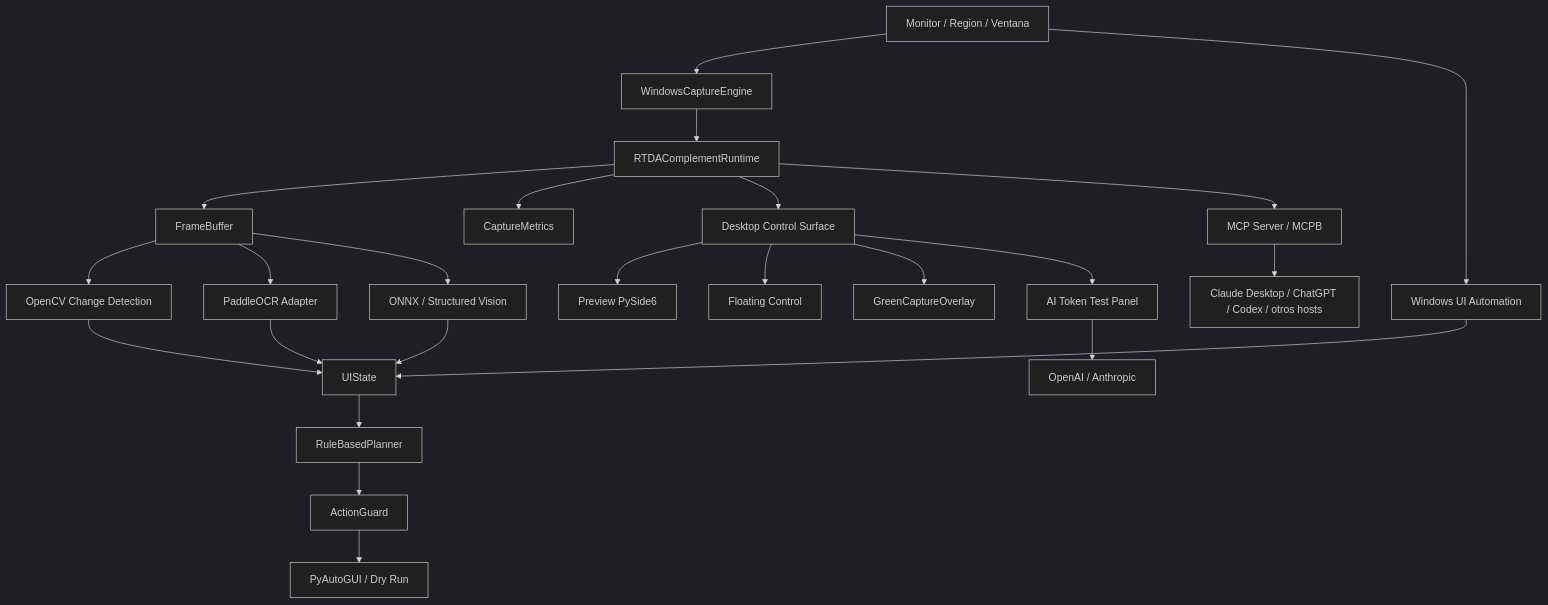
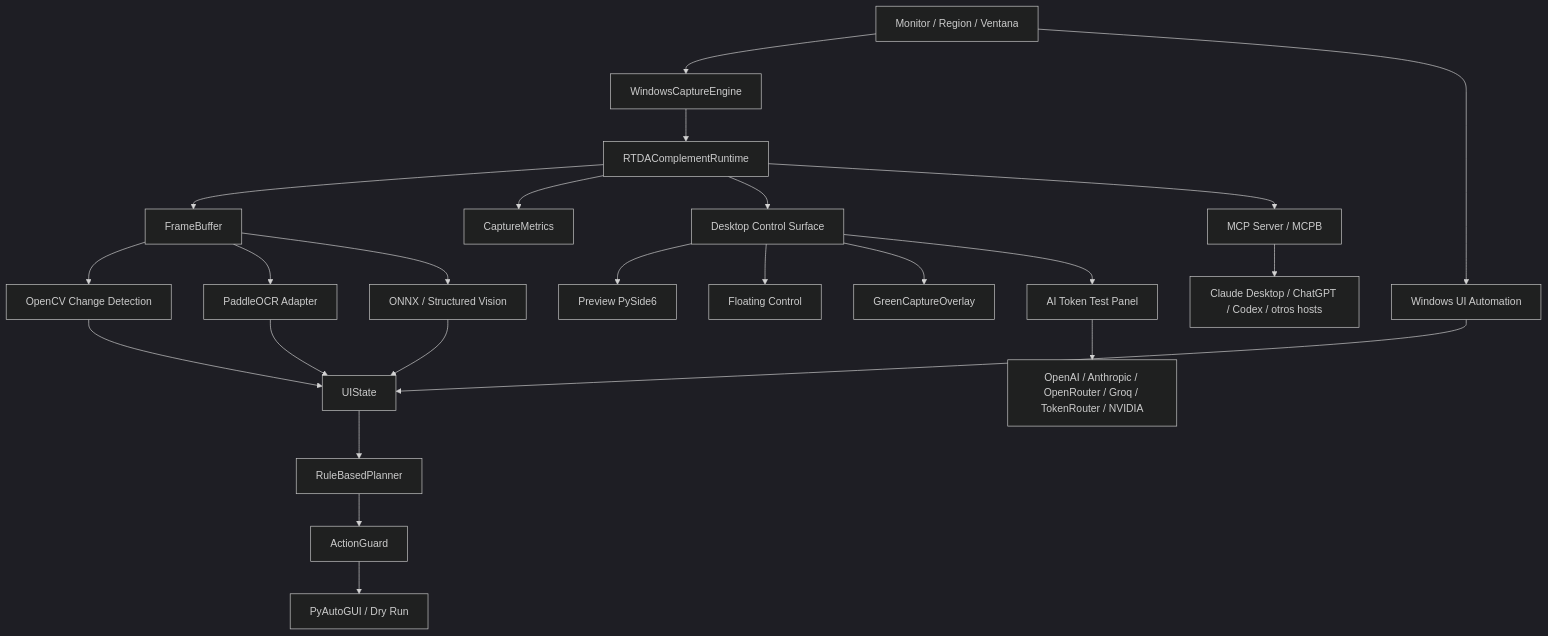
Before and after one commit to Adan0423/real-time-desktop-agent: the first of 3 diagrams in docs/architecture.md, drawn with Mermaid (dark theme). The commit also changed other lines of this file and 9 other files, not shown here.

````diff
--- a/docs/architecture.md
+++ b/docs/architecture.md
@@ -22,26 +22,26 @@
 ```mermaid
 flowchart TD
     Input["Monitor / Region / Ventana"] --> Capture["WindowsCaptureEngine"]
     Capture --> Runtime["RTDAComplementRuntime"]
     Runtime --> Buffer["FrameBuffer"]
     Runtime --> Metrics["CaptureMetrics"]
     Runtime --> Desktop["Desktop Control Surface"]
     Runtime --> MCP["MCP Server / MCPB"]
     Desktop --> Preview["Preview PySide6"]
     Desktop --> Floating["Floating Control"]
     Desktop --> Overlay["GreenCaptureOverlay"]
     Desktop --> AI["AI Token Test Panel"]
     Buffer --> Change["OpenCV Change Detection"]
     Input --> UIA["Windows UI Automation"]
     Buffer --> OCR["PaddleOCR Adapter"]
     Buffer --> Vision["ONNX / Structured Vision"]
     Change --> State["UIState"]
     UIA --> State
     OCR --> State
     Vision --> State
     State --> Planner["RuleBasedPlanner"]
     Planner --> Guard["ActionGuard"]
     Guard --> Executor["PyAutoGUI / Dry Run"]
     MCP --> Hosts["Claude Desktop / ChatGPT / Codex / otros hosts"]
-    AI --> Providers["OpenAI / Anthropic"]
+    AI --> Providers["OpenAI / Anthropic / OpenRouter / Groq / TokenRouter / NVIDIA"]
 ```
````
